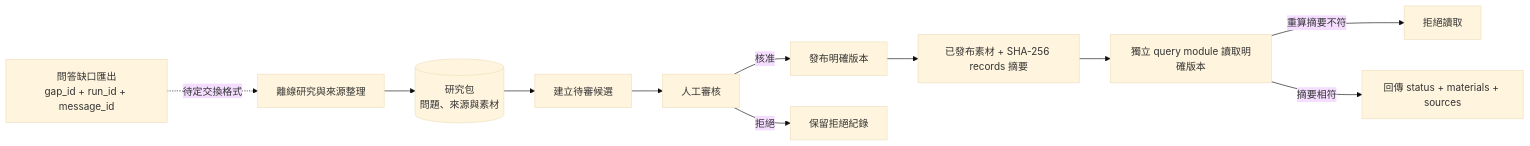
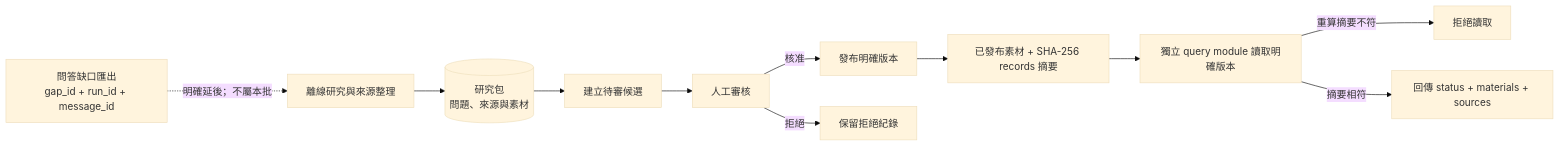
Before and after one commit to HGPT-StreamSuite/ssr-system-assembly: the second of 2 diagrams in docs/local-extension-acceptance.md, drawn with Mermaid (base theme). The commit also changed other lines of this file and 7 other files, not shown here.

````diff
--- a/docs/local-extension-acceptance.md
+++ b/docs/local-extension-acceptance.md
@@ -29,13 +29,13 @@
 ```mermaid
 flowchart LR
-    GapExport[問答缺口匯出<br/>gap_id + run_id + message_id] -. 待定交換格式 .-> Offline[離線研究與來源整理]
+    GapExport[問答缺口匯出<br/>gap_id + run_id + message_id] -. 明確延後；不屬本批 .-> Offline[離線研究與來源整理]
     Offline --> Packet[(研究包<br/>問題、來源與素材)]
     Packet --> Candidate[建立待審候選]
     Candidate --> Human[人工審核]
     Human -->|核准| Publish[發布明確版本]
     Human -->|拒絕| Rejected[保留拒絕紀錄]
     Publish --> Bundle[已發布素材 + SHA-256 records 摘要]
     Bundle --> Reader[獨立 query module 讀取明確版本]
     Reader -->|重算摘要不符| RejectRead[拒絕讀取]
     Reader -->|摘要相符| Query[回傳 status + materials + sources]
 ```
````
